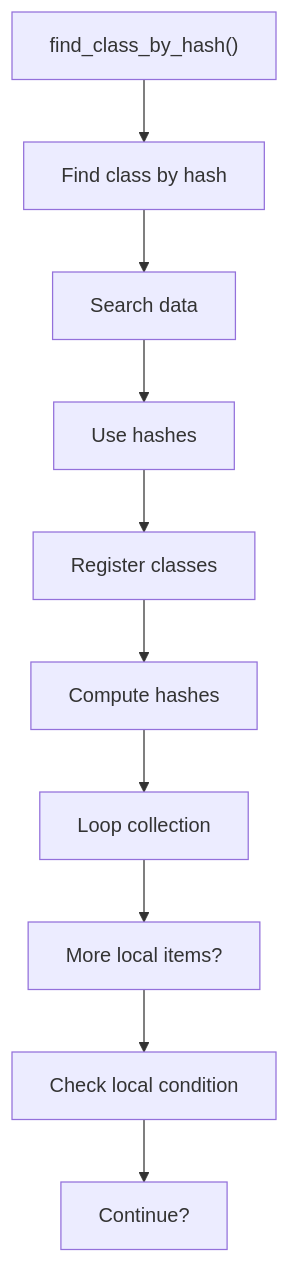
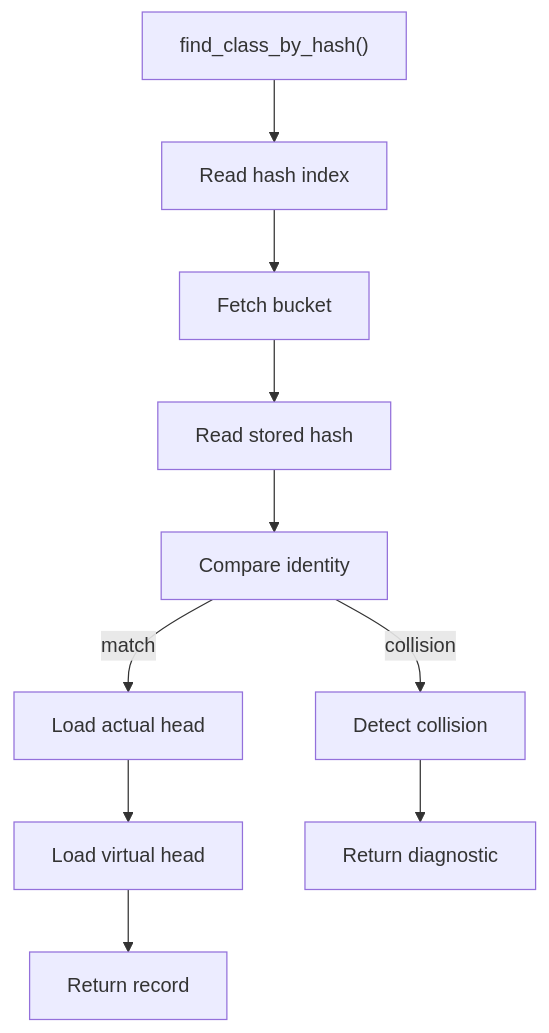
Before and after one commit to JohnAndrewBalbarosa/NeoTerritory: the first of 2 diagrams in docs/Codebase/Microservice/Modules/Source/Analysis/ImplementationUse/Resolution/Symbols/Query/Flow/functions/find_class_by_hash.cpp.md, drawn with Mermaid. The commit also changed other lines of this file and 147 other files, not shown here.

````diff
--- a/docs/Codebase/Microservice/Modules/Source/Analysis/ImplementationUse/Resolution/Symbols/Query/Flow/functions/find_class_by_hash.cpp.md
+++ b/docs/Codebase/Microservice/Modules/Source/Analysis/ImplementationUse/Resolution/Symbols/Query/Flow/functions/find_class_by_hash.cpp.md
@@ -28,22 +35,22 @@
 ```mermaid
 flowchart TD
     N0["find_class_by_hash()"]
-    N1["Find class by hash"]
-    N2["Search data"]
-    N3["Use hashes"]
-    N4["Register classes"]
-    N5["Compute hashes"]
-    N6["Loop collection"]
-    N7["More local items?"]
-    N8["Check local condition"]
-    N9["Continue?"]
+    N1["Read hash index"]
+    N2["Fetch bucket"]
+    N3["Read stored hash"]
+    N4["Compare identity"]
+    N5["Load actual head"]
+    N6["Load virtual head"]
+    N7["Return record"]
+    N8["Detect collision"]
+    N9["Return diagnostic"]
     N0 --> N1
     N1 --> N2
     N2 --> N3
     N3 --> N4
-    N4 --> N5
+    N4 -->|match| N5
     N5 --> N6
     N6 --> N7
-    N7 --> N8
+    N4 -->|collision| N8
     N8 --> N9
 ```
````
